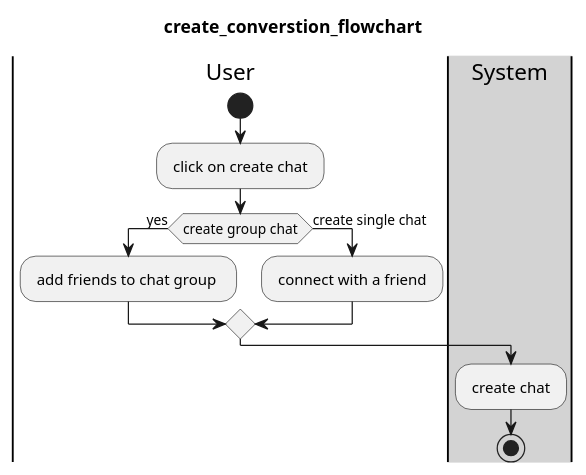
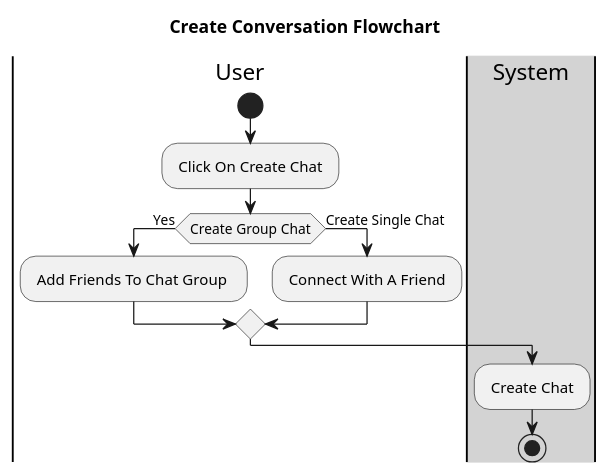
The diagram in Diagram/flowchart/communication/create_converstion_flowchart.wsd (KTPx4/Social_Media), drawn with PlantUML before and after one commit. The commit also changed other lines of this file and 10 other files, not shown here.

Commit message:
PHuc | change flowchart

```diff
--- a/Diagram/flowchart/communication/create_converstion_flowchart.wsd
+++ b/Diagram/flowchart/communication/create_converstion_flowchart.wsd
@@ -3,14 +1,14 @@
 @startuml 
-title create_converstion_flowchart
+title Create Conversation Flowchart
 |User|
 start
-: click on create chat ; 
-if(create group chat) then(yes)
-: add friends to chat group  ; 
-else(create single chat)
-: connect with a friend ; 
+: Click On Create Chat ; 
+if(Create Group Chat) then(Yes)
+: Add Friends To Chat Group  ; 
+else(Create Single Chat)
+: Connect With A Friend ; 
 endif
 |#lightgray|System|  
-: create chat ;  
+: Create Chat ;  
 stop
 @enduml
```
